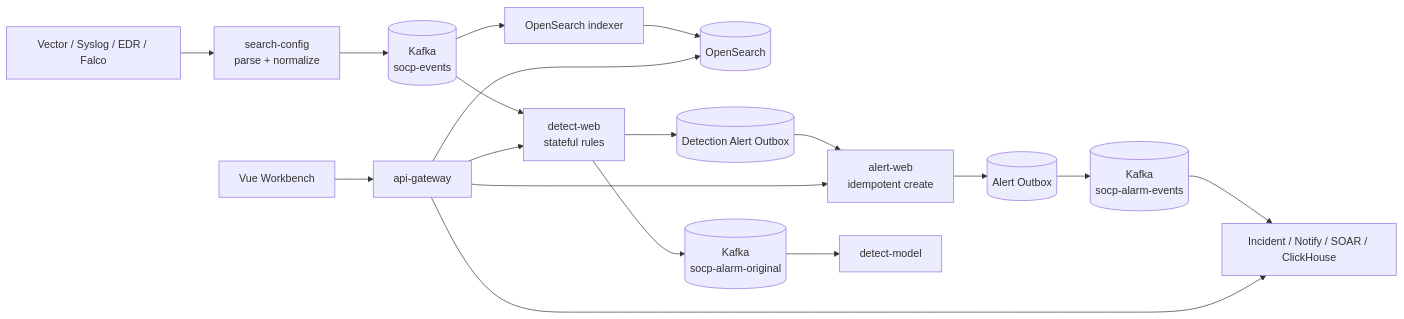
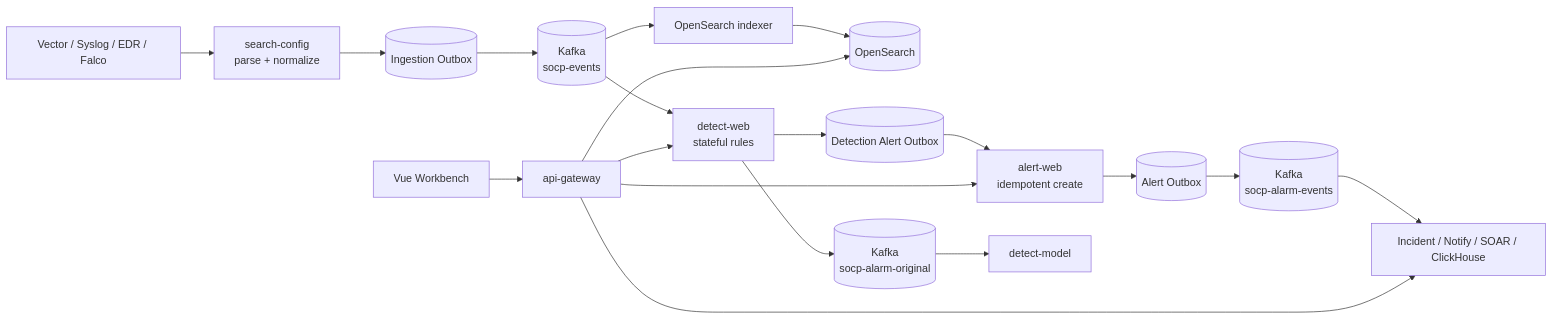
The diagram in README.md (VincentXR/socp-siem), drawn with Mermaid before and after one commit. The commit also changed other lines of this file and 6 other files, not shown here.

````diff
--- a/README.md
+++ b/README.md
@@ -14,20 +14,21 @@
 ```mermaid
 flowchart LR
   S[Vector / Syslog / EDR / Falco] --> P[search-config<br/>parse + normalize]
-  P --> K[(Kafka<br/>socp-events)]
+  P --> IO[(Ingestion Outbox)]
+  IO --> K[(Kafka<br/>socp-events)]
   K --> D[detect-web<br/>stateful rules]
   K --> IX[OpenSearch indexer]
   IX --> OS[(OpenSearch)]
   D --> DO[(Detection Alert Outbox)]
   DO --> A[alert-web<br/>idempotent create]
   A --> AO[(Alert Outbox)]
   AO --> AK[(Kafka<br/>socp-alarm-events)]
   AK --> F[Incident / Notify / SOAR / ClickHouse]
   D --> DM[(Kafka<br/>socp-alarm-original)]
   DM --> M[detect-model]
   UI[Vue Workbench] --> GW[api-gateway]
   GW --> D
   GW --> A
   GW --> OS
   GW --> F
 ```
````
